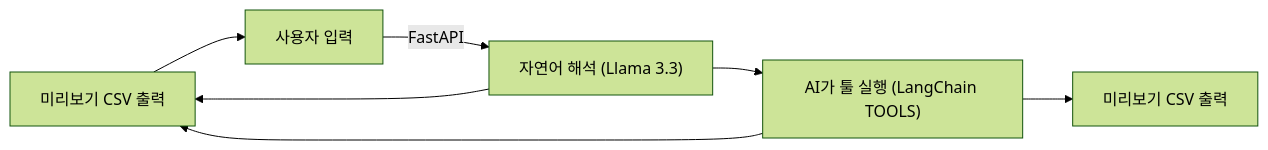
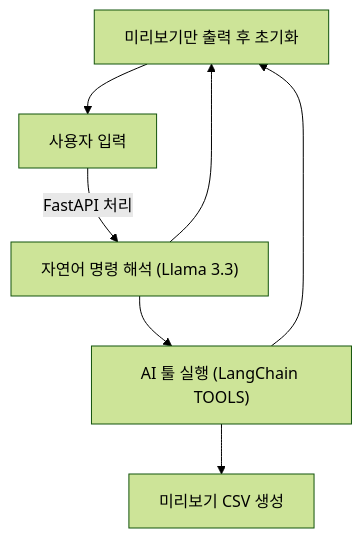
The diagram in readme.md (WO2IN/posAppSystem), drawn with Mermaid (forest theme) before and after one commit.

````diff
--- a/readme.md
+++ b/readme.md
@@ -1,12 +1,10 @@
 ```mermaid
-graph LR
+graph TD
 
 A1["Open WebUI"] --> A2["사용자 입력"]
-A2 -->|FastAPI| C1["자연어 해석 (Llama 3.3)"]
-C1 --> C2["AI가 툴 실행 (LangChain TOOLS)"]
-C1 --> A1["툴 선택 실패"]
-C2 --> C3["미리보기 CSV 출력"]
-C2 --> A1["미리보기 CSV 출력"]
-
-
+A2 -->|FastAPI 처리| C1["자연어 명령 해석 (Llama 3.3)"]
+C1 --> C2["AI 툴 실행 (LangChain TOOLS)"]
+C1 --> A1["툴 선택 실패 시 초기화"]
+C2 --> C3["미리보기 CSV 생성"]
+C2 --> A1["미리보기만 출력 후 초기화"]
 ```
````
